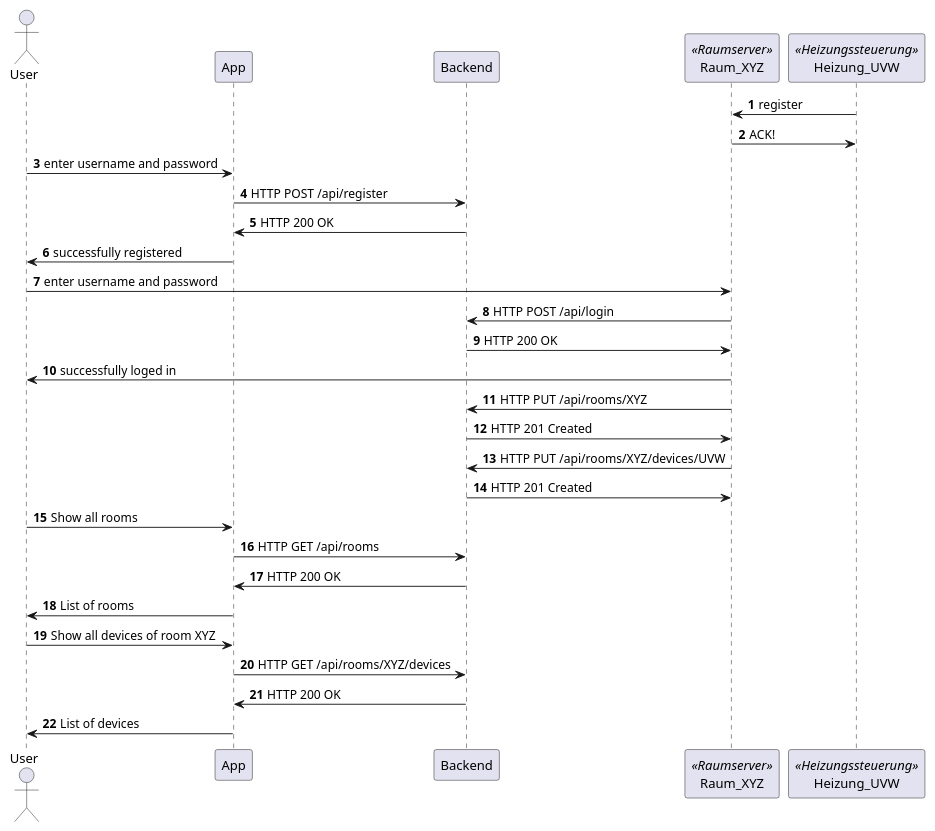
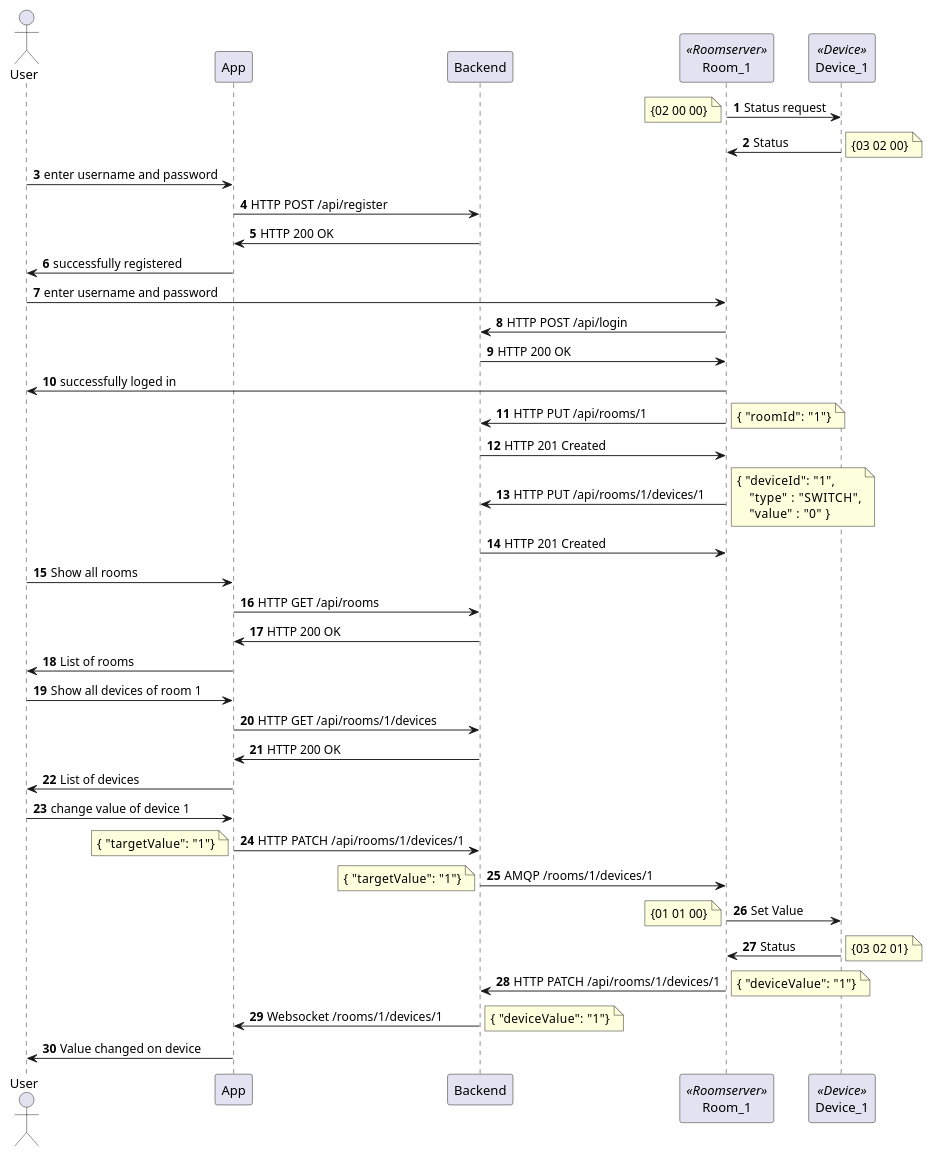
Before and after one commit to florensh/embedded-sose16-docs: the diagram in UML/sequenceRegister.pu, drawn with PlantUML. The commit also changed 3 other files, not shown here.

Commit message:
changed uml

```diff
--- a/UML/sequenceRegister.pu
+++ b/UML/sequenceRegister.pu
@@ -1,37 +1,92 @@
 @startuml
 actor User
 participant "App" as App
 participant "Backend" as Backend
-participant "Raum_XYZ" as RS << Raumserver >>
-participant "Heizung_UVW" as Heizung <<Heizungssteuerung>>
+participant "Room_1" as RS << Roomserver >>
+participant "Device_1" as Device <<Device>>
 
 autonumber
-Heizung -> RS: register
-RS -> Heizung: ACK!
+
+RS -> Device: Status request
+note left
+  {02 00 00}
+end note
+Device -> RS: Status
+note right
+  {03 02 00}
+end note
+
 User -> App: enter username and password
 App -> Backend: HTTP POST /api/register
 Backend -> App: HTTP 200 OK
 App -> User: successfully registered
 
 User -> RS: enter username and password
 RS -> Backend: HTTP POST /api/login
 Backend -> RS: HTTP 200 OK
 RS -> User: successfully loged in
 
-RS -> Backend: HTTP PUT /api/rooms/XYZ
+RS -> Backend: HTTP PUT /api/rooms/1
+note right
+  {   "roomId": "1"}
+end note
 Backend -> RS: HTTP 201 Created
 
-RS -> Backend: HTTP PUT /api/rooms/XYZ/devices/UVW
+
+
+RS -> Backend: HTTP PUT /api/rooms/1/devices/1
+note right
+  {   "deviceId": "1",
+      "type"    : "SWITCH",
+      "value"   : "0" }
+end note
 Backend -> RS: HTTP 201 Created
+
+
+
+
 
 User -> App: Show all rooms
 App -> Backend: HTTP GET /api/rooms
 Backend -> App: HTTP 200 OK
 App -> User: List of rooms
 
-User -> App: Show all devices of room XYZ
-App -> Backend: HTTP GET /api/rooms/XYZ/devices
+User -> App: Show all devices of room 1
+App -> Backend: HTTP GET /api/rooms/1/devices
 Backend -> App: HTTP 200 OK
 App -> User: List of devices
 
+User -> App: change value of device 1
+App -> Backend: HTTP PATCH /api/rooms/1/devices/1
+note left
+  {   "targetValue": "1"}
+end note
+
+Backend -> RS: AMQP /rooms/1/devices/1
+note left
+  {   "targetValue": "1"}
+end note
+
+RS -> Device: Set Value
+note left
+  {01 01 00}
+end note
+Device -> RS: Status
+note right
+  {03 02 01}
+end note
+
+RS -> Backend: HTTP PATCH /api/rooms/1/devices/1
+note right
+  {   "deviceValue": "1"}
+end note
+
+Backend -> App: Websocket /rooms/1/devices/1
+note right
+  {   "deviceValue": "1"}
+end note
+
+App -> User: Value changed on device
+
+
 @enduml
```
